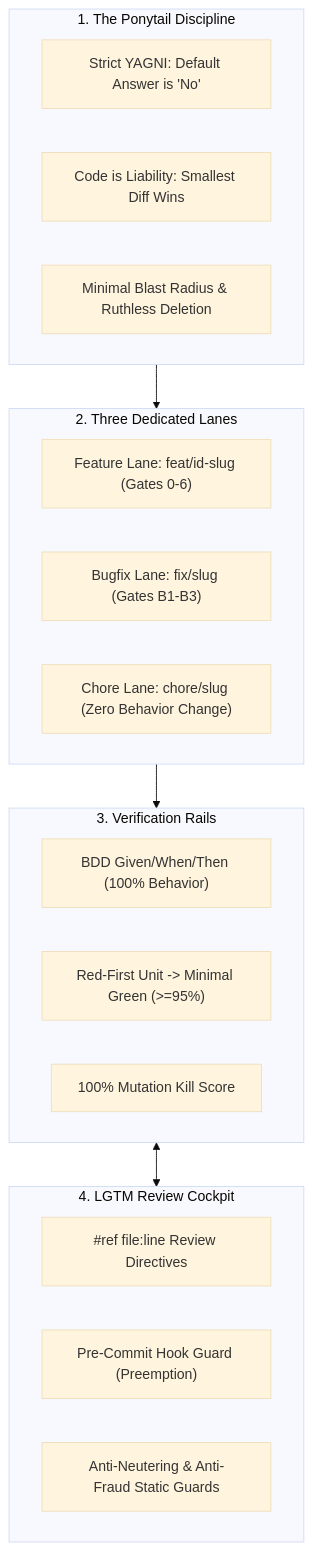
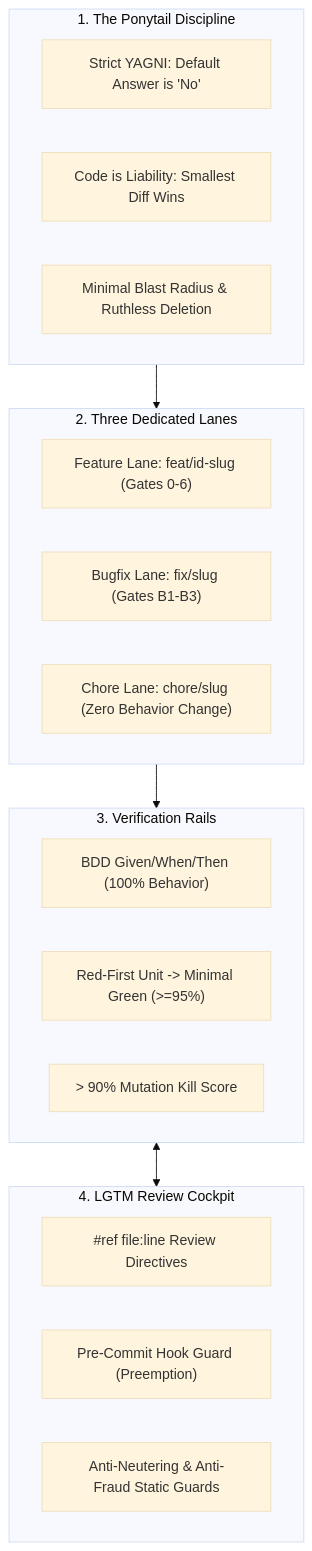
The first of 4 diagrams in docs/WAY_OF_WORKING.md (mgabs/spec-rails), drawn with Mermaid (base theme) before and after one commit. The commit also changed other lines of this file and 32 other files, not shown here.

````diff
--- a/docs/WAY_OF_WORKING.md
+++ b/docs/WAY_OF_WORKING.md
@@ -18,30 +18,30 @@
 ```mermaid
 flowchart TD
     subgraph Mindset [1. The Ponytail Discipline]
         YAGNI["Strict YAGNI: Default Answer is 'No'"]
         Liability["Code is Liability: Smallest Diff Wins"]
         Blast["Minimal Blast Radius & Ruthless Deletion"]
     end
 
     subgraph Lanes [2. Three Dedicated Lanes]
         Feat["Feature Lane: feat/id-slug (Gates 0-6)"]
         Fix["Bugfix Lane: fix/slug (Gates B1-B3)"]
         Chore["Chore Lane: chore/slug (Zero Behavior Change)"]
     end
 
     subgraph Rails [3. Verification Rails]
         BDD["BDD Given/When/Then (100% Behavior)"]
         RedGreen["Red-First Unit -> Minimal Green (>=95%)"]
-        Mutation["100% Mutation Kill Score"]
+        Mutation["> 90% Mutation Kill Score"]
     end
 
     subgraph Cockpit [4. LGTM Review Cockpit]
         Directives["#ref file:line Review Directives"]
         Preempt["Pre-Commit Hook Guard (Preemption)"]
         AntiFraud["Anti-Neutering & Anti-Fraud Static Guards"]
     end
 
     Mindset --> Lanes
     Lanes --> Rails
     Rails <--> Cockpit
 ```
````
